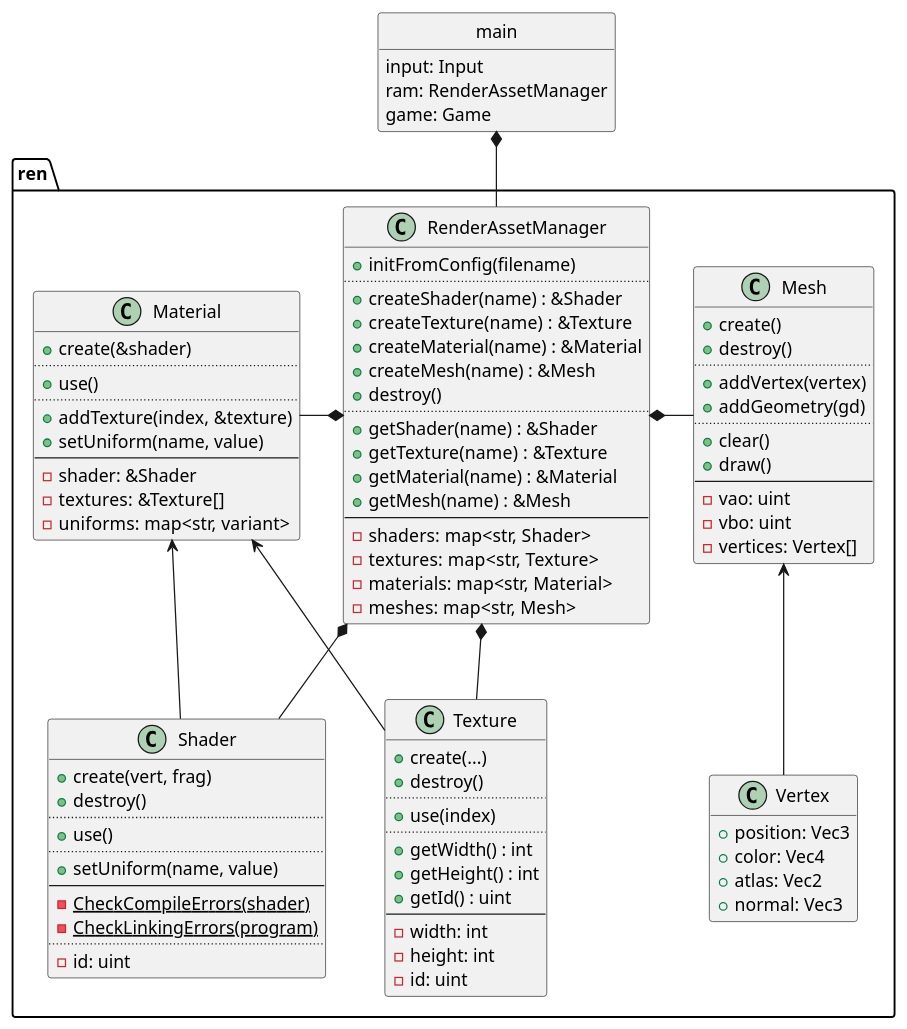
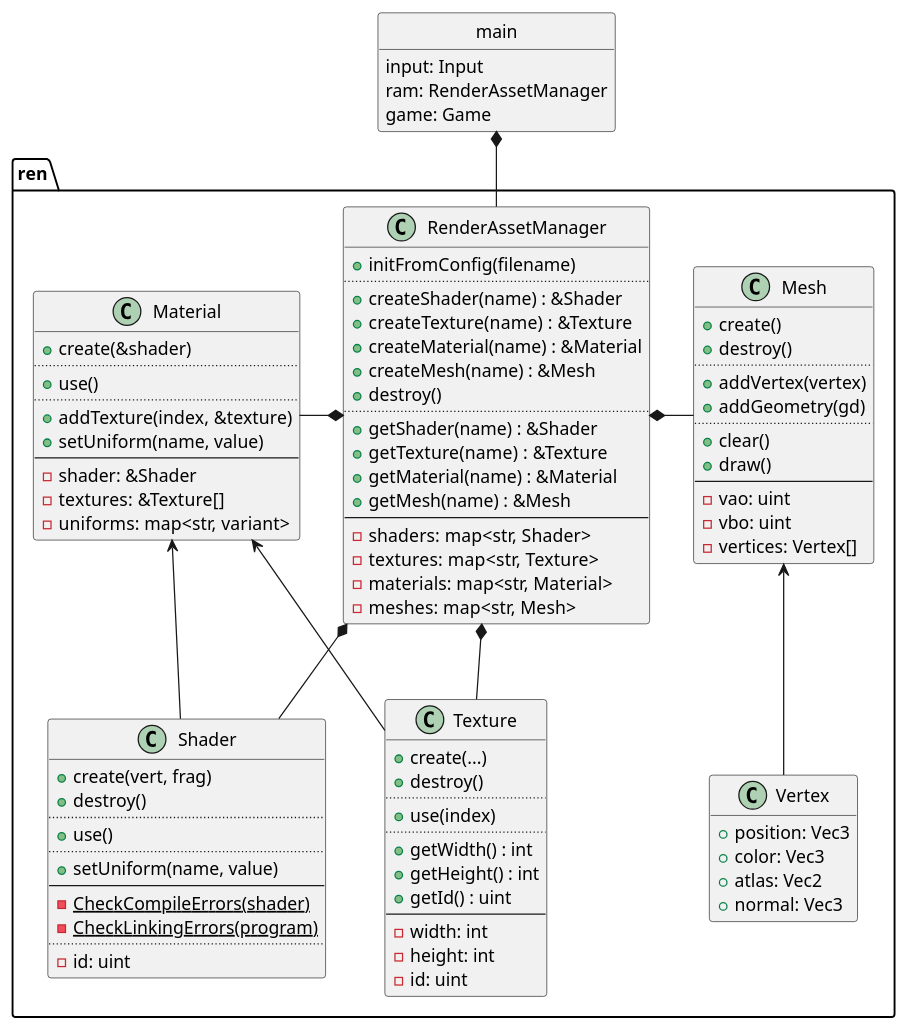
The diagram in design/uml/assets.puml (ba6er/marblemaze), drawn with PlantUML before and after one commit. The commit also changed 5 other files, not shown here.

```diff
--- a/design/uml/assets.puml
+++ b/design/uml/assets.puml
@@ -1,109 +1,109 @@
 @startuml
 set separator ::
 
 class ren::Shader {
 	+create(vert, frag)
 	+destroy()
 	..
 	+use()
 	..
 	+setUniform(name, value)
 	--
 	{static} -CheckCompileErrors(shader)
 	{static} -CheckLinkingErrors(program)
 	..
 	-id: uint
 }
 
 class ren::Texture {
 	+create(...)
 	+destroy()
 	..
 	+use(index)
 	..
 	+getWidth() : int
 	+getHeight() : int
 	+getId() : uint
 	--
 	-width: int
 	-height: int
 	-id: uint
 }
 
 class ren::Material {
 	+create(&shader)
 	..
 	+use()
 	..
 	+addTexture(index, &texture)
 	+setUniform(name, value)
 	--
 	-shader: &Shader
 	-textures: &Texture[]
 	-uniforms: map<str, variant>
 }
 
 class ren::Vertex {
 	+position: Vec3
-	+color: Vec4
+	+color: Vec3
 	+atlas: Vec2
 	+normal: Vec3
 }
 hide Vertex methods
 
 class ren::Mesh {
 	+create()
 	+destroy()
 	..
 	+addVertex(vertex)
 	+addGeometry(gd)
 	..
 	+clear()
 	+draw()
 	--
 	-vao: uint
 	-vbo: uint
 	-vertices: Vertex[]
 }
 
 class ren::RenderAssetManager {
 	+initFromConfig(filename)
 	..
 	+createShader(name) : &Shader
 	+createTexture(name) : &Texture
 	+createMaterial(name) : &Material
 	+createMesh(name) : &Mesh
 	+destroy()
 	..
 	+getShader(name) : &Shader
 	+getTexture(name) : &Texture
 	+getMaterial(name) : &Material
 	+getMesh(name) : &Mesh
 	--
 	-shaders: map<str, Shader>
 	-textures: map<str, Texture>
 	-materials: map<str, Material>
 	-meshes: map<str, Mesh>
 }
 
 class main {
 	input: Input
 	ram: RenderAssetManager
 	game: Game
 }
 hide main circle
 hide main methods
 
 RenderAssetManager *-down- Shader
 RenderAssetManager *-down- Texture
 RenderAssetManager *-left- Material
 RenderAssetManager *-right- Mesh
 
 Material <-- Shader
 Material <-- Texture
 
 Mesh <-down- Vertex
 
 main *-- RenderAssetManager
 
 @enduml
```
